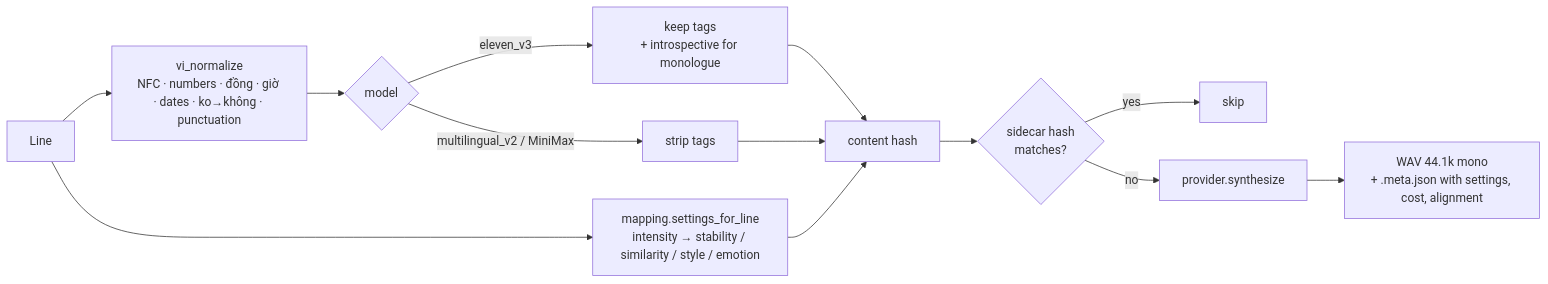
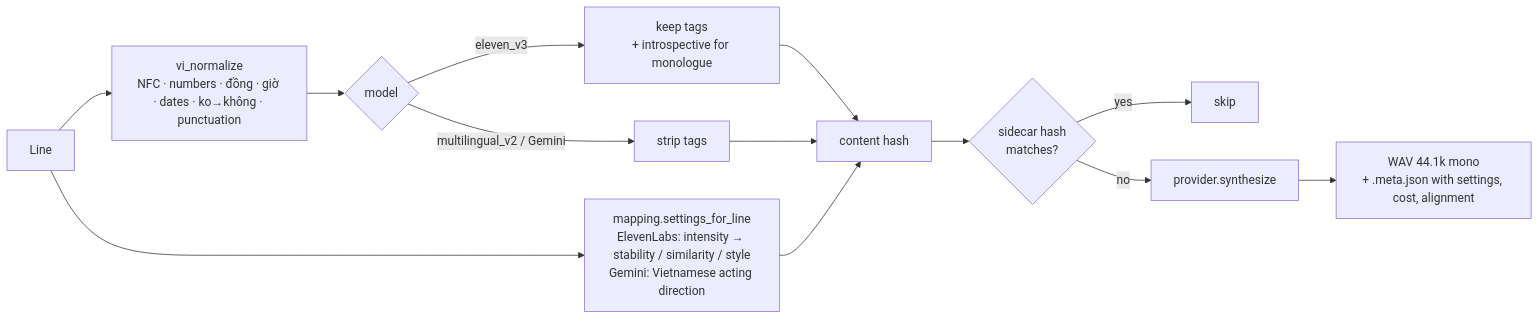
Before and after one commit to dhp-exe/ai-audio: the third of 6 diagrams in docs/ARCHITECTURE.md, drawn with Mermaid. The commit also changed other lines of this file and 45 other files, not shown here.

````diff
--- a/docs/ARCHITECTURE.md
+++ b/docs/ARCHITECTURE.md
@@ -181,13 +184,13 @@
 ```mermaid
 flowchart LR
     L[Line] --> N[vi_normalize<br/>NFC · numbers · đồng · giờ · dates · ko→không · punctuation]
     N --> T{model}
     T -- eleven_v3 --> K[keep tags<br/>+ introspective for monologue]
-    T -- multilingual_v2 / MiniMax --> S[strip tags]
-    L --> M[mapping.settings_for_line<br/>intensity → stability / similarity / style / emotion]
+    T -- multilingual_v2 / Gemini --> S[strip tags]
+    L --> M[mapping.settings_for_line<br/>ElevenLabs: intensity → stability / similarity / style<br/>Gemini: Vietnamese acting direction]
     K & S & M --> H[content hash]
     H --> C{sidecar hash<br/>matches?}
     C -- yes --> SKIP[skip]
     C -- no --> P[provider.synthesize]
     P --> W[WAV 44.1k mono<br/>+ .meta.json with settings, cost, alignment]
 ```
````
